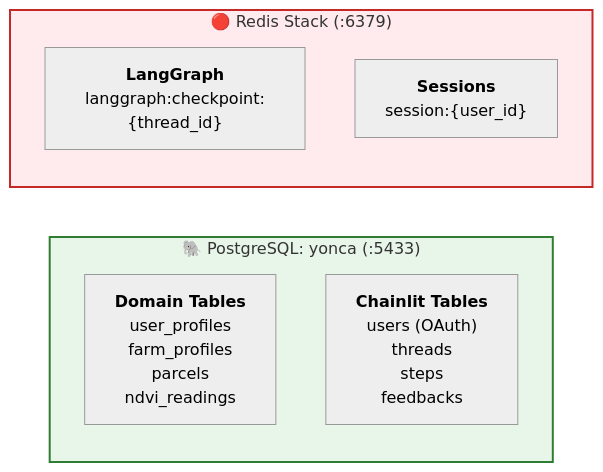
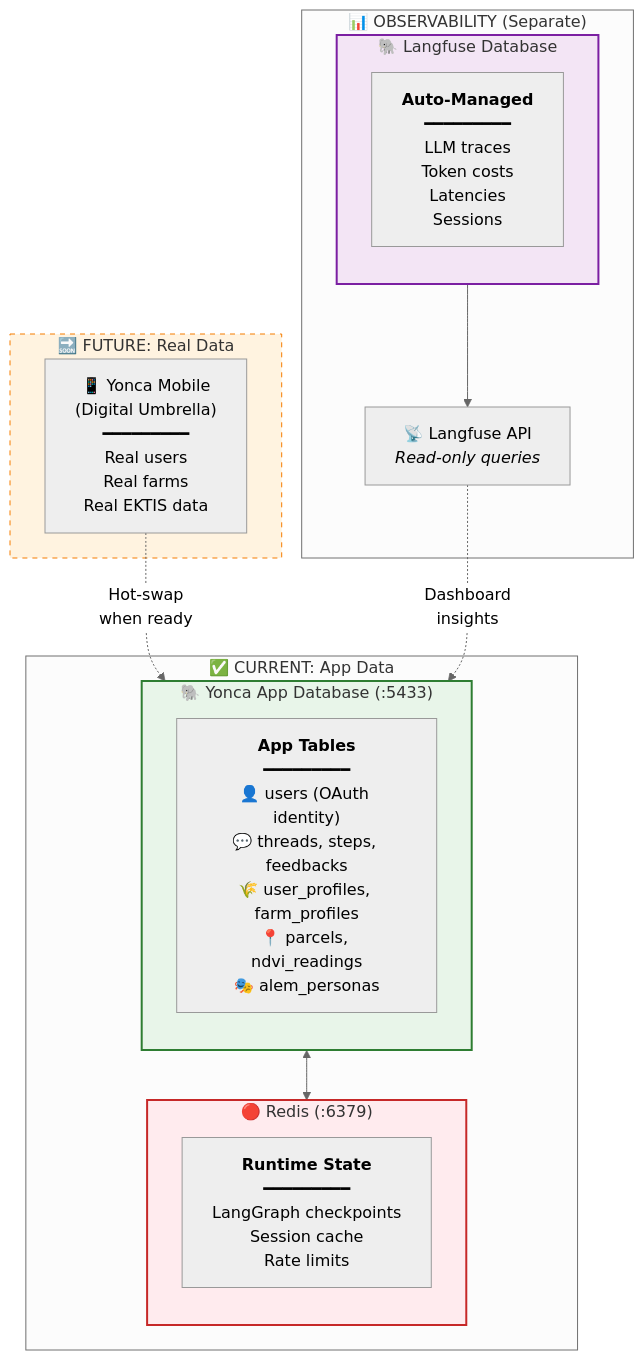
One commit to Px8Studio/yonja changed the second of 3 diagrams in docs/zekalab/03-ARCHITECTURE.md. Above: the diagram before and after it, drawn with Mermaid. The commit also changed other lines of this file and 1 other file, not shown here.

Commit message:
feat: Update architecture documentation to clarify data layers and observability components

````diff
--- a/docs/zekalab/03-ARCHITECTURE.md
+++ b/docs/zekalab/03-ARCHITECTURE.md
@@ -64,18 +67,37 @@
 ```mermaid
 %%{init: {'theme': 'neutral'}}%%
-graph LR
-    subgraph yonca_db["🐘 PostgreSQL: yonca (:5433)"]
-        direction TB
-        domain["<b>Domain Tables</b><br/>user_profiles<br/>farm_profiles<br/>parcels<br/>ndvi_readings"]
-        chainlit_tables["<b>Chainlit Tables</b><br/>users (OAuth)<br/>threads<br/>steps<br/>feedbacks"]
+graph TB
+    subgraph future["🔜 FUTURE: Real Data"]
+        ektis["📱 Yonca Mobile<br/>(Digital Umbrella)<br/>━━━━━━━━━<br/>Real users<br/>Real farms<br/>Real EKTIS data"]
     end
 
-    subgraph redis_db["🔴 Redis Stack (:6379)"]
-        direction TB
-        checkpoints["<b>LangGraph</b><br/>langgraph:checkpoint:{thread_id}"]
-        sessions["<b>Sessions</b><br/>session:{user_id}"]
+    subgraph current["✅ CURRENT: App Data"]
+        subgraph yonca_db["🐘 Yonca App Database (:5433)"]
+            direction TB
+            app_data["<b>App Tables</b><br/>━━━━━━━━━<br/>👤 users (OAuth identity)<br/>💬 threads, steps, feedbacks<br/>🌾 user_profiles, farm_profiles<br/>📍 parcels, ndvi_readings<br/>🎭 alem_personas"]
+        end
+
+        subgraph redis_db["🔴 Redis (:6379)"]
+            direction TB
+            checkpoints["<b>Runtime State</b><br/>━━━━━━━━━<br/>LangGraph checkpoints<br/>Session cache<br/>Rate limits"]
+        end
     end
 
+    subgraph observability["📊 OBSERVABILITY (Separate)"]
+        subgraph langfuse_db["🐘 Langfuse Database"]
+            direction TB
+            traces["<b>Auto-Managed</b><br/>━━━━━━━━━<br/>LLM traces<br/>Token costs<br/>Latencies<br/>Sessions"]
+        end
+        langfuse_api["📡 Langfuse API<br/><i>Read-only queries</i>"]
+    end
+
+    ektis -.->|"Hot-swap<br/>when ready"| yonca_db
+    yonca_db <--> redis_db
+    langfuse_db --> langfuse_api
+    langfuse_api -.->|"Dashboard<br/>insights"| yonca_db
+
+    style future fill:#fff3e0,stroke:#f57c00,stroke-dasharray: 5 5
     style yonca_db fill:#e8f5e9,stroke:#2e7d32,stroke-width:2px
     style redis_db fill:#ffebee,stroke:#c62828,stroke-width:2px
+    style langfuse_db fill:#f3e5f5,stroke:#7b1fa2,stroke-width:2px
 ```
````
